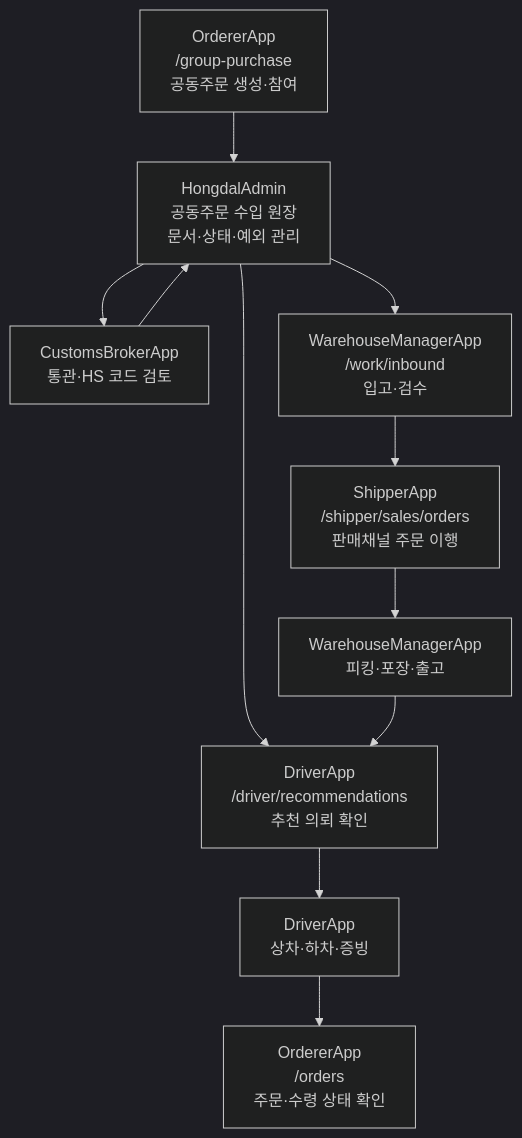
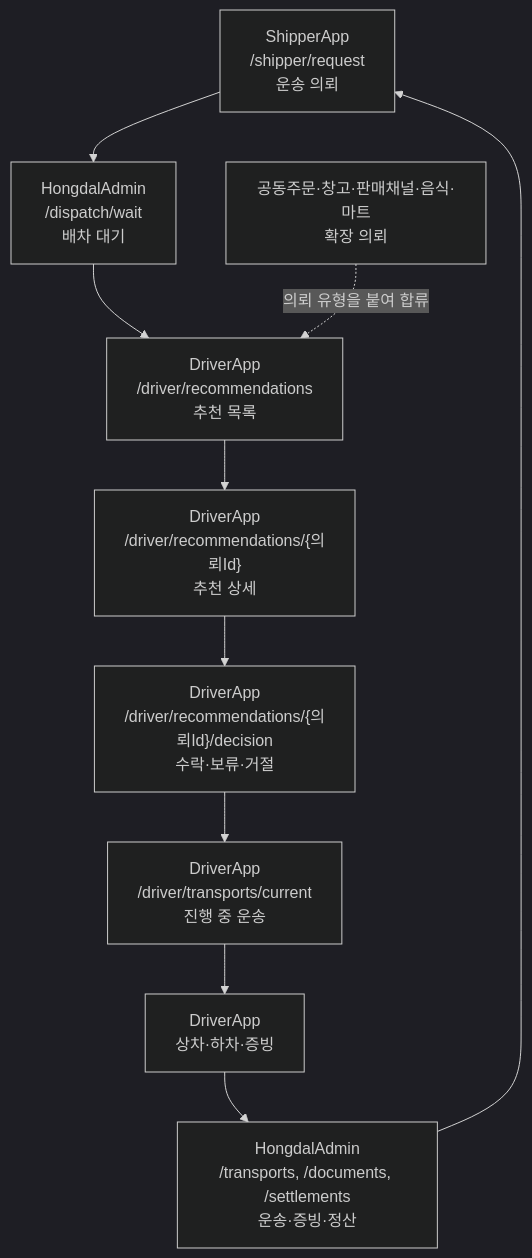
One commit to cheolwo/hongdal changed the third of 4 diagrams in README.md. Above: the diagram before and after it, drawn with Mermaid (dark theme). The commit also changed other lines of this file and 1 other file, not shown here.

````diff
--- a/README.md
+++ b/README.md
@@ -46,23 +65,16 @@
 ```mermaid
 flowchart TD
-    O1["OrdererApp<br/>/group-purchase<br/>공동주문 생성·참여"]
-    A1["HongdalAdmin<br/>공동주문 수입 원장<br/>문서·상태·예외 관리"]
-    C1["CustomsBrokerApp<br/>통관·HS 코드 검토"]
-    D1["DriverApp<br/>/driver/recommendations<br/>추천 의뢰 확인"]
-    D2["DriverApp<br/>상차·하차·증빙"]
-    W1["WarehouseManagerApp<br/>/work/inbound<br/>입고·검수"]
-    S1["ShipperApp<br/>/shipper/sales/orders<br/>판매채널 주문 이행"]
-    W2["WarehouseManagerApp<br/>피킹·포장·출고"]
-    O2["OrdererApp<br/>/orders<br/>주문·수령 상태 확인"]
+    S1["ShipperApp<br/>/shipper/request<br/>운송 의뢰"]
+    A1["HongdalAdmin<br/>/dispatch/wait<br/>배차 대기"]
+    D1["DriverApp<br/>/driver/recommendations<br/>추천 목록"]
+    D2["DriverApp<br/>/driver/recommendations/{의뢰Id}<br/>추천 상세"]
+    D3["DriverApp<br/>/driver/recommendations/{의뢰Id}/decision<br/>수락·보류·거절"]
+    D4["DriverApp<br/>/driver/transports/current<br/>진행 중 운송"]
+    D5["DriverApp<br/>상차·하차·증빙"]
+    A2["HongdalAdmin<br/>/transports, /documents, /settlements<br/>운송·증빙·정산"]
+    G1["공동주문·창고·판매채널·음식·마트<br/>확장 의뢰"]
 
-    O1 --> A1
-    A1 --> C1
-    C1 --> A1
-    A1 --> D1
-    D1 --> D2
-    D2 --> O2
-    A1 --> W1
-    W1 --> S1
-    S1 --> W2
-    W2 --> D1
+    S1 --> A1 --> D1 --> D2 --> D3 --> D4 --> D5 --> A2
+    A2 --> S1
+    G1 -.의뢰 유형을 붙여 합류.-> D1
 ```
````
